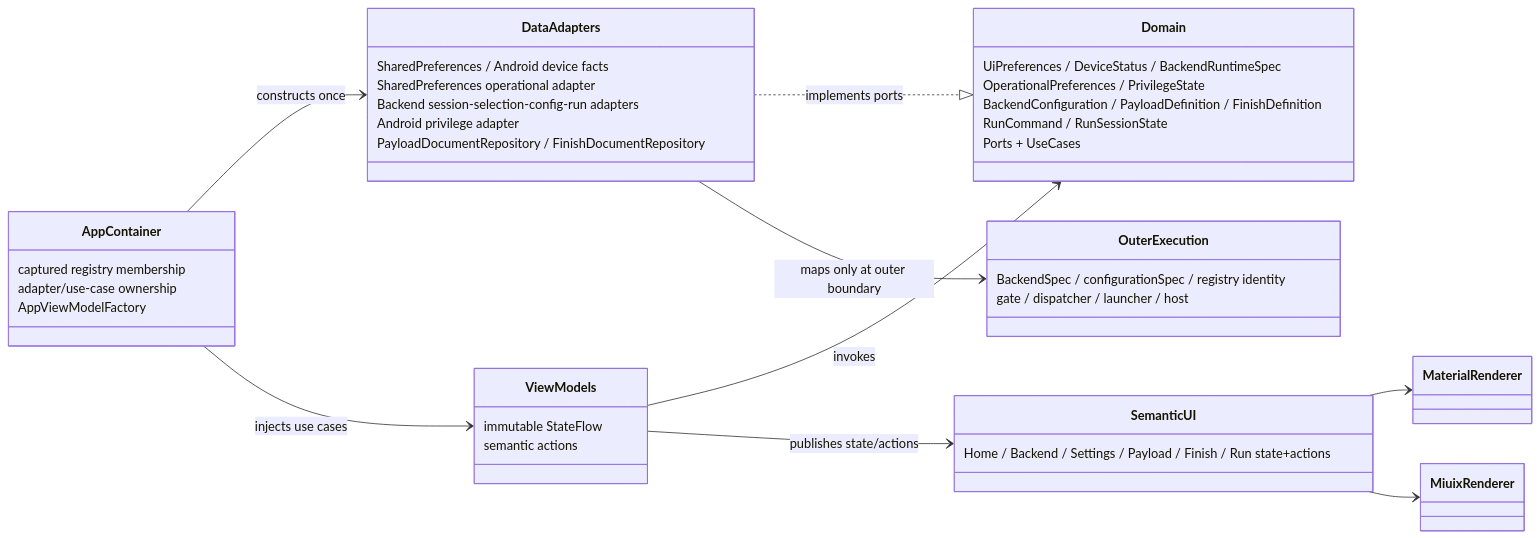
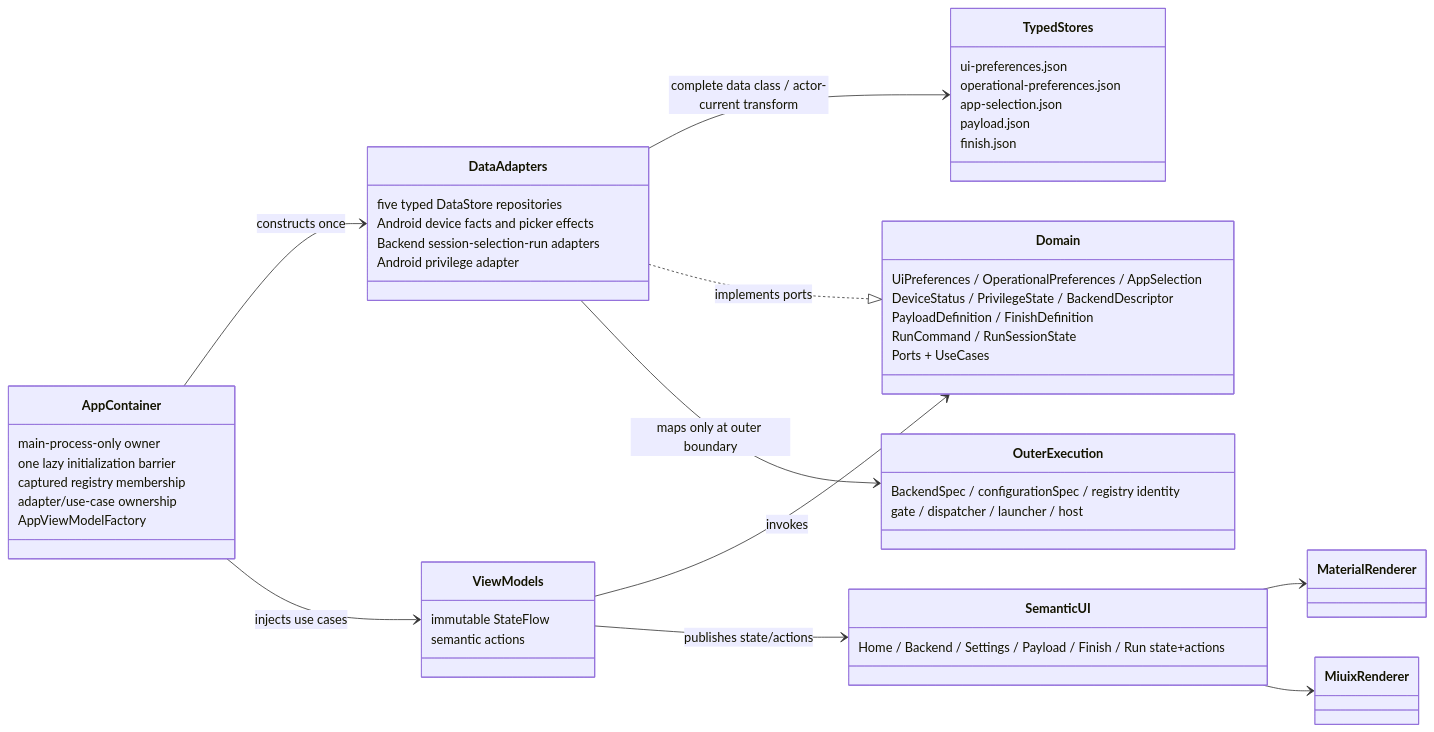
Before and after one commit to YuKongA/ghostlock-app: diagram 36 of 59 in docs/development/full-process-uml.md, drawn with Mermaid. The commit also changed other lines of this file and 276 other files, not shown here.

Commit message:
refactor(app): unify backend runtime and run infrastructure

````diff
--- a/docs/development/full-process-uml.md
+++ b/docs/development/full-process-uml.md
@@ -1202,45 +1201,54 @@
 ```mermaid
 classDiagram
   direction LR
   class Domain {
-    UiPreferences / DeviceStatus / BackendRuntimeSpec
-    OperationalPreferences / PrivilegeState
-    BackendConfiguration / PayloadDefinition / FinishDefinition
+    UiPreferences / OperationalPreferences / AppSelection
+    DeviceStatus / PrivilegeState / BackendDescriptor
+    PayloadDefinition / FinishDefinition
     RunCommand / RunSessionState
     Ports + UseCases
   }
   class DataAdapters {
-    SharedPreferences / Android device facts
-    SharedPreferences operational adapter
-    Backend session-selection-config-run adapters
+    five typed DataStore repositories
+    Android device facts and picker effects
+    Backend session-selection-run adapters
     Android privilege adapter
-    PayloadDocumentRepository / FinishDocumentRepository
+  }
+  class TypedStores {
+    ui-preferences.json
+    operational-preferences.json
+    app-selection.json
+    payload.json
+    finish.json
   }
   class AppContainer {
+    main-process-only owner
+    one lazy initialization barrier
     captured registry membership
     adapter/use-case ownership
     AppViewModelFactory
   }
   class ViewModels {
     immutable StateFlow
     semantic actions
   }
   class SemanticUI {
     Home / Backend / Settings / Payload / Finish / Run state+actions
   }
   class MaterialRenderer
   class MiuixRenderer
   class OuterExecution {
     BackendSpec / configurationSpec / registry identity
     gate / dispatcher / launcher / host
   }
 
   AppContainer --> DataAdapters : constructs once
+  DataAdapters --> TypedStores : complete data class / actor-current transform
   DataAdapters ..|> Domain : implements ports
   AppContainer --> ViewModels : injects use cases
   ViewModels --> Domain : invokes
   ViewModels --> SemanticUI : publishes state/actions
   SemanticUI --> MaterialRenderer
   SemanticUI --> MiuixRenderer
   DataAdapters --> OuterExecution : maps only at outer boundary
 ```
````
